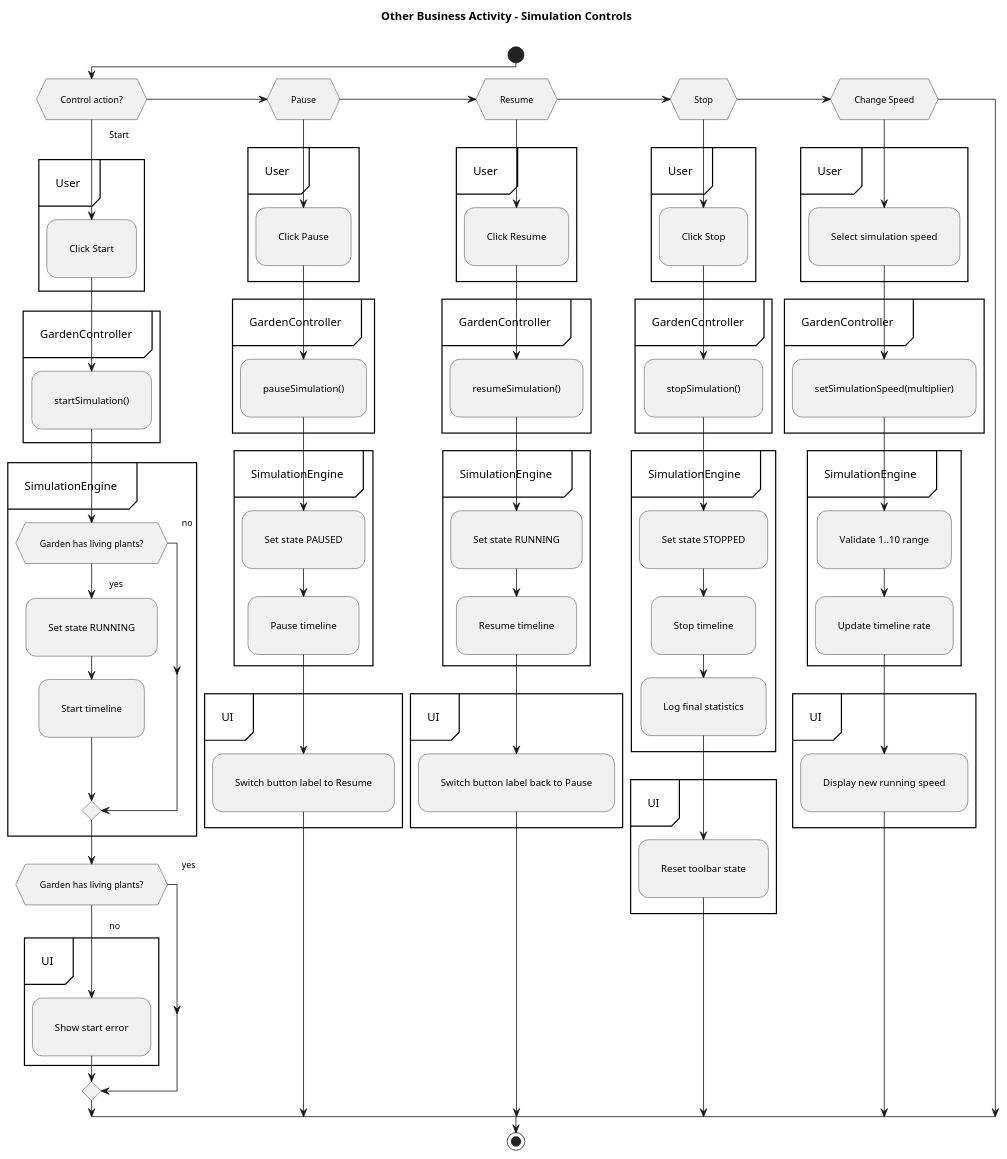
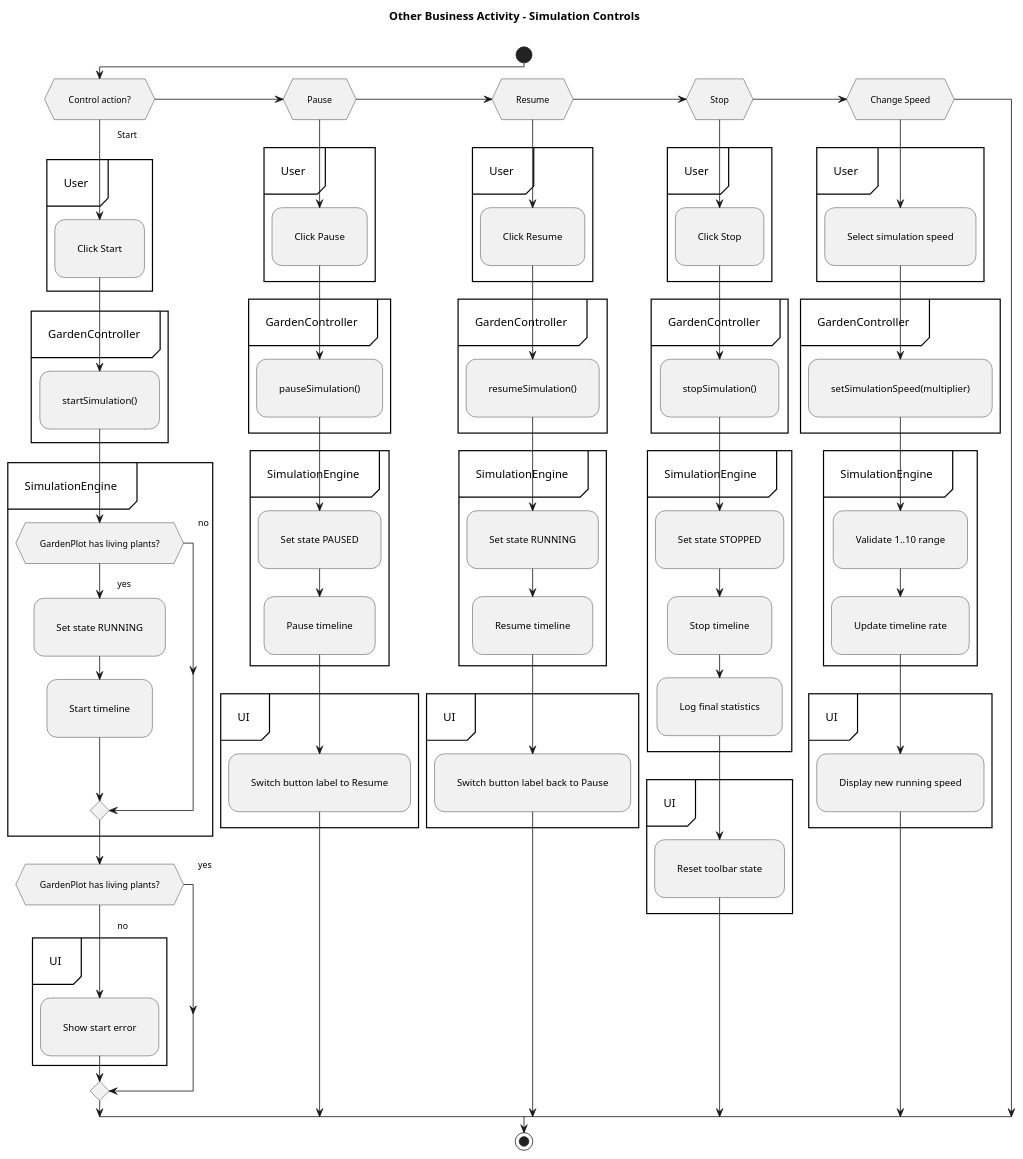
The diagram in docs_csen275_winter26/jjl/activity_other_business_simulation_controls.puml (scientifios/computerizedgarden_csen275_group5), drawn with PlantUML before and after one commit. The commit also changed 8 other files, not shown here.

Commit message:
diagram updated with refactor

```diff
--- a/docs_csen275_winter26/jjl/activity_other_business_simulation_controls.puml
+++ b/docs_csen275_winter26/jjl/activity_other_business_simulation_controls.puml
@@ -1,98 +1,98 @@
 @startuml Activity_OtherBusiness_SimulationControls
 title Other Business Activity - Simulation Controls
 
 skinparam backgroundColor white
 skinparam shadowing false
 skinparam ranksep 110
 skinparam nodesep 80
 skinparam Padding 18
 skinparam ArrowThickness 1
 skinparam linetype ortho
 
 start
 
 if (Control action?) then (Start)
   partition "User" {
     :Click Start;
   }
   partition "GardenController" {
     :startSimulation();
   }
   partition "SimulationEngine" {
-    if (Garden has living plants?) then (yes)
+    if (GardenPlot has living plants?) then (yes)
       :Set state RUNNING;
       :Start timeline;
     else (no)
     endif
   }
-  if (Garden has living plants?) then (yes)
+  if (GardenPlot has living plants?) then (yes)
   else (no)
     partition "UI" {
       :Show start error;
     }
   endif
 
 elseif (Pause)
   partition "User" {
     :Click Pause;
   }
   partition "GardenController" {
     :pauseSimulation();
   }
   partition "SimulationEngine" {
     :Set state PAUSED;
     :Pause timeline;
   }
   partition "UI" {
     :Switch button label to Resume;
   }
 
 elseif (Resume)
   partition "User" {
     :Click Resume;
   }
   partition "GardenController" {
     :resumeSimulation();
   }
   partition "SimulationEngine" {
     :Set state RUNNING;
     :Resume timeline;
   }
   partition "UI" {
     :Switch button label back to Pause;
   }
 
 elseif (Stop)
   partition "User" {
     :Click Stop;
   }
   partition "GardenController" {
     :stopSimulation();
   }
   partition "SimulationEngine" {
     :Set state STOPPED;
     :Stop timeline;
     :Log final statistics;
   }
   partition "UI" {
     :Reset toolbar state;
   }
 
 elseif (Change Speed)
   partition "User" {
     :Select simulation speed;
   }
   partition "GardenController" {
     :setSimulationSpeed(multiplier);
   }
   partition "SimulationEngine" {
     :Validate 1..10 range;
     :Update timeline rate;
   }
   partition "UI" {
     :Display new running speed;
   }
 endif
 
 stop
 @enduml
```
